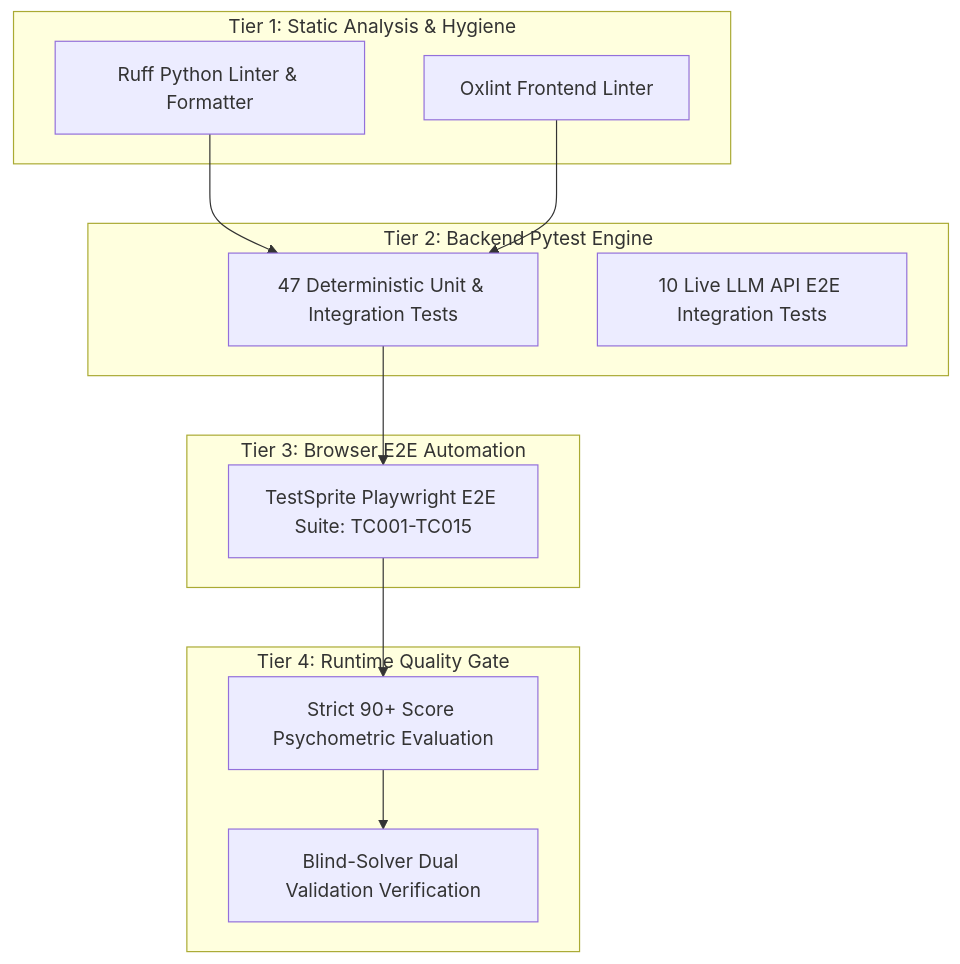
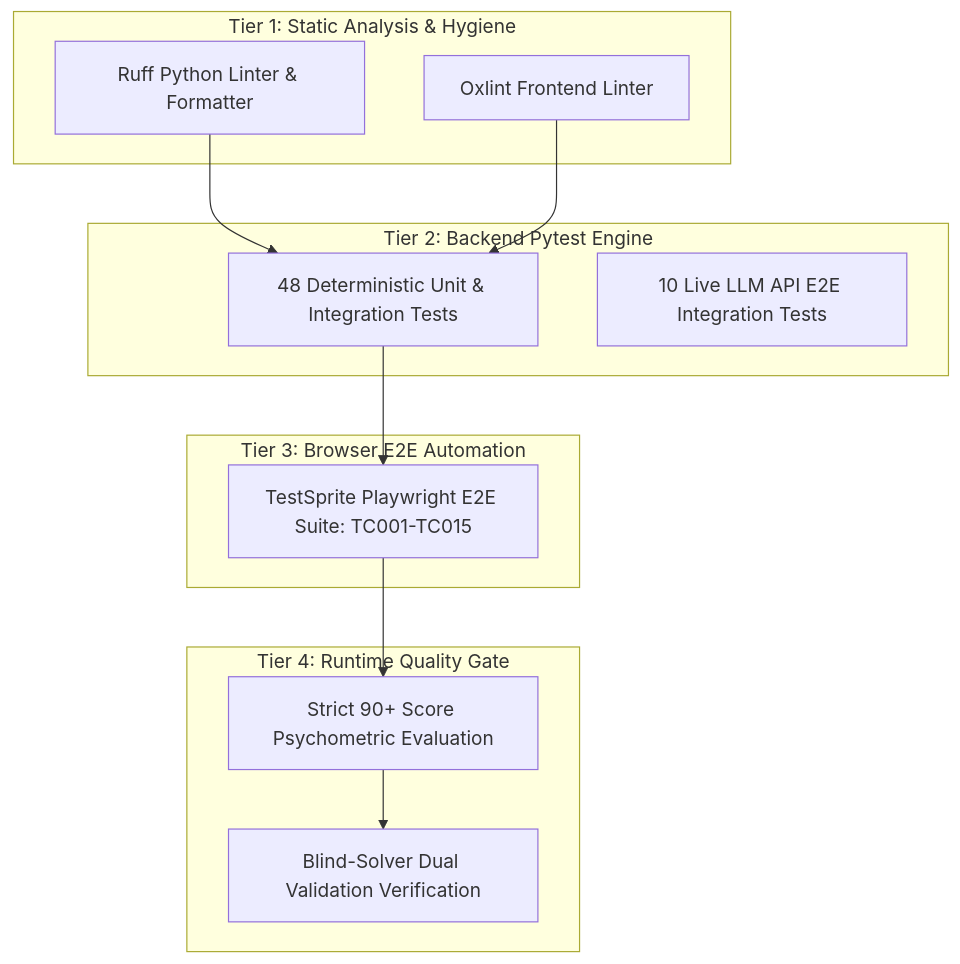
Before and after one commit to VishwamPatel-Infynno/MCAT-Question-Bank-Generator: the diagram in docs/TESTING_AND_QA.md, drawn with Mermaid. The commit also changed other lines of this file and 12 other files, not shown here.

````diff
--- a/docs/TESTING_AND_QA.md
+++ b/docs/TESTING_AND_QA.md
@@ -13,27 +13,27 @@
 ```mermaid
 graph TD
     subgraph "Tier 1: Static Analysis & Hygiene"
         Ruff[Ruff Python Linter & Formatter]
         Oxlint[Oxlint Frontend Linter]
     end
 
     subgraph "Tier 2: Backend Pytest Engine"
-        UnitTests[47 Deterministic Unit & Integration Tests]
+        UnitTests[48 Deterministic Unit & Integration Tests]
         LiveE2E[10 Live LLM API E2E Integration Tests]
     end
 
     subgraph "Tier 3: Browser E2E Automation"
         TestSprite[TestSprite Playwright E2E Suite: TC001-TC015]
     end
 
     subgraph "Tier 4: Runtime Quality Gate"
         StrictGate[Strict 90+ Score Psychometric Evaluation]
         BlindSolver[Blind-Solver Dual Validation Verification]
     end
 
     Ruff --> UnitTests
     Oxlint --> UnitTests
     UnitTests --> TestSprite
     TestSprite --> StrictGate
     StrictGate --> BlindSolver
 ```
````
